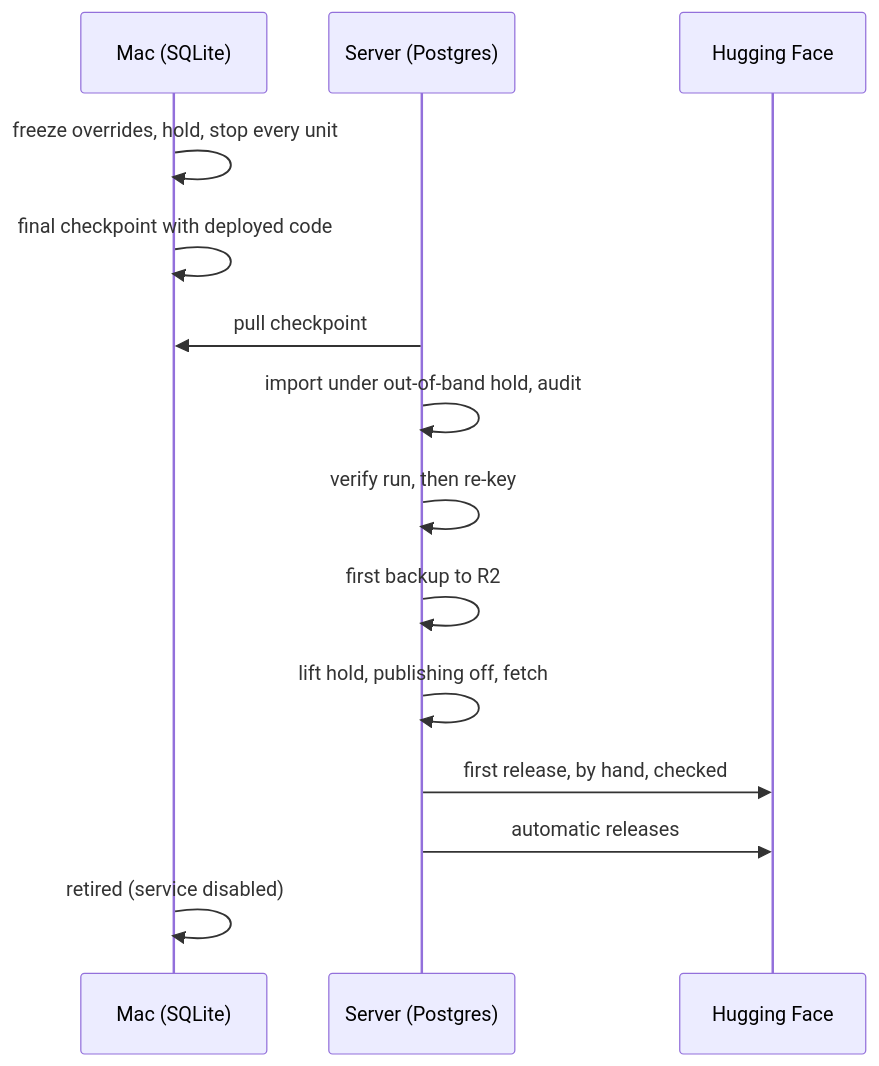
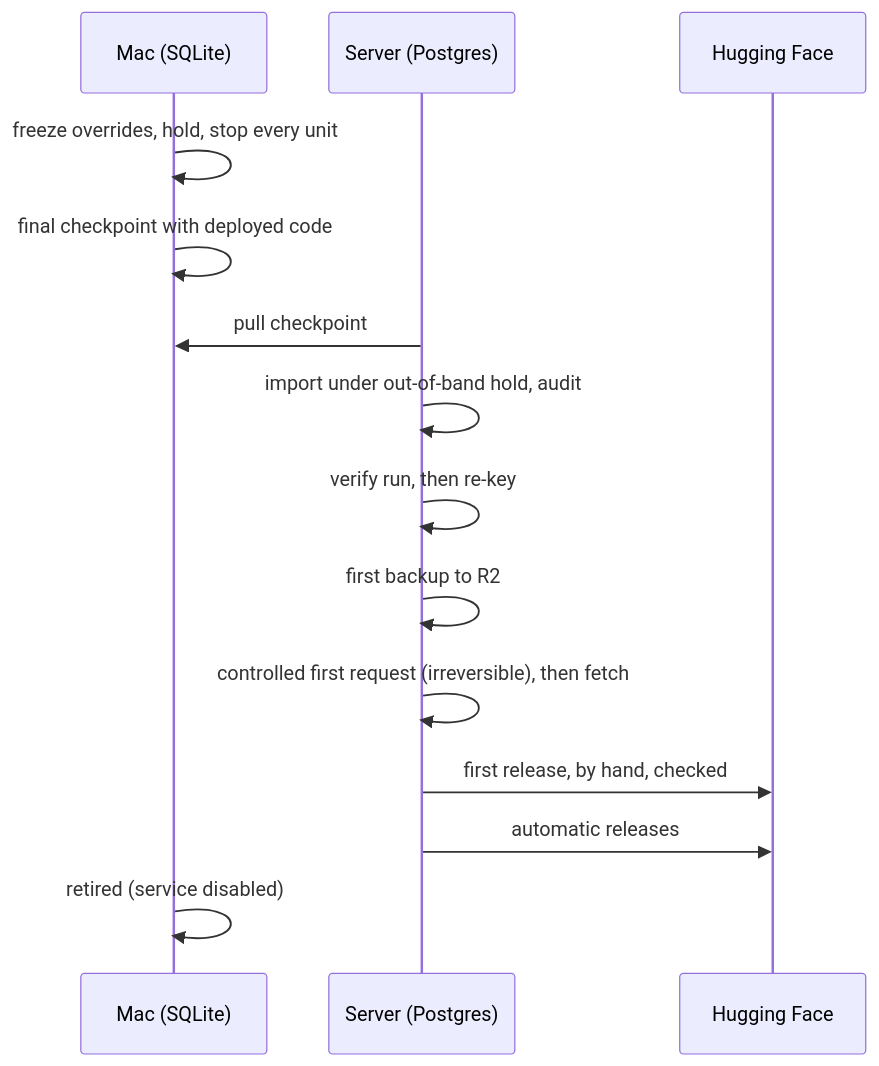
One commit to skeswa/swingset changed the diagram in docs/plans/postgres-migration/8-stage-3.md. Above: the diagram before and after it, drawn with Mermaid. The commit also changed other lines of this file and 15 other files, not shown here.

````diff
--- a/docs/plans/postgres-migration/8-stage-3.md
+++ b/docs/plans/postgres-migration/8-stage-3.md
@@ -19,16 +25,16 @@
 ```mermaid
 sequenceDiagram
   participant Mac as Mac (SQLite)
   participant Srv as Server (Postgres)
   participant HF as Hugging Face
   Mac->>Mac: freeze overrides, hold, stop every unit
   Mac->>Mac: final checkpoint with deployed code
   Srv->>Mac: pull checkpoint
   Srv->>Srv: import under out-of-band hold, audit
   Srv->>Srv: verify run, then re-key
   Srv->>Srv: first backup to R2
-  Srv->>Srv: lift hold, publishing off, fetch
+  Srv->>Srv: controlled first request (irreversible), then fetch
   Srv->>HF: first release, by hand, checked
   Srv->>HF: automatic releases
   Mac->>Mac: retired (service disabled)
 ```
````
